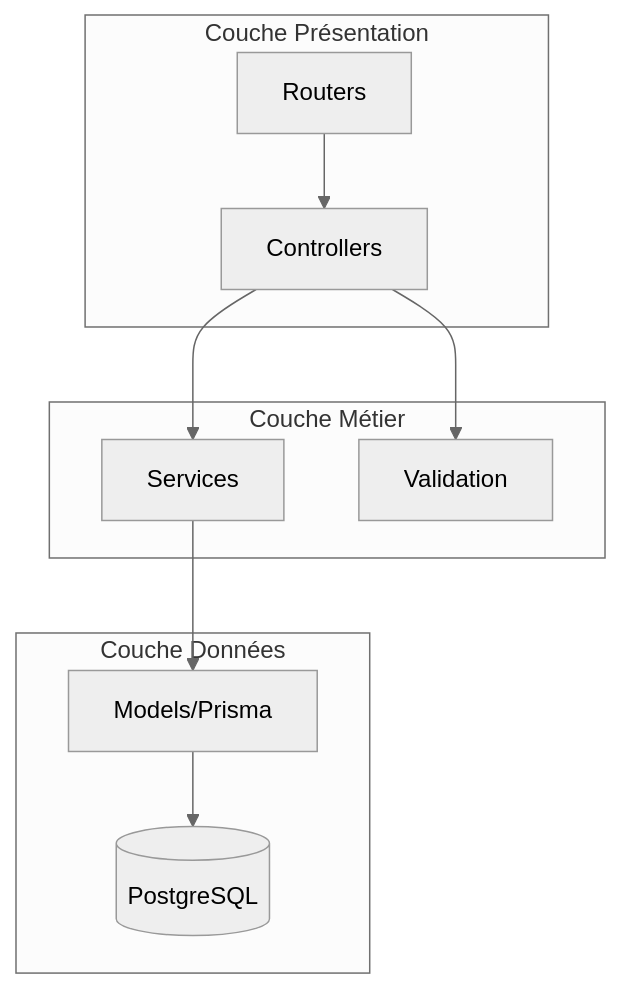
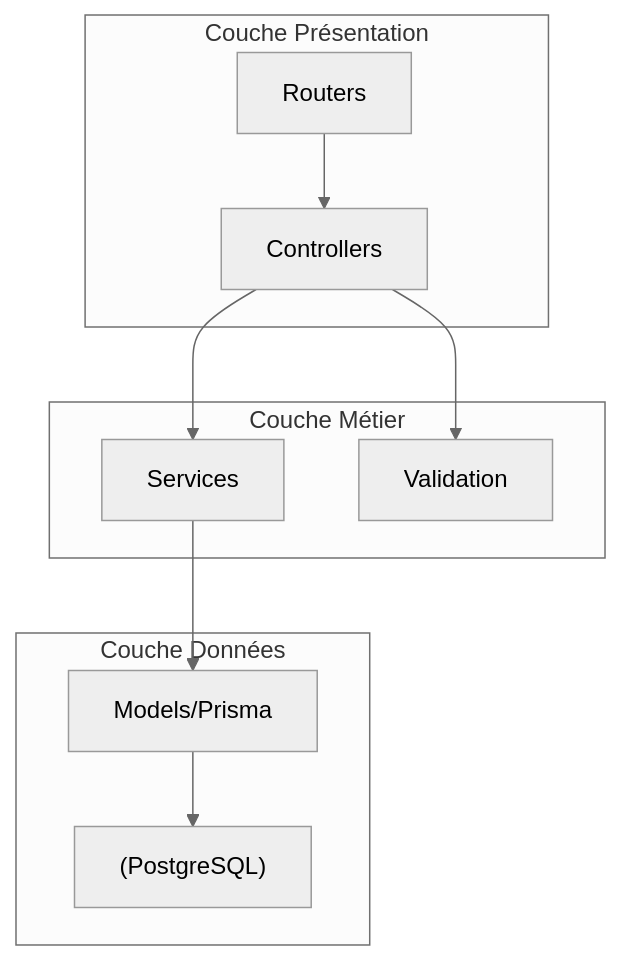
Before and after one commit to Sojeremy/documentation-skillswap: the second of 3 diagrams in docs/documentation-implementation/arc42/04-solution-strategy/index.md, drawn with Mermaid (neutral theme). The commit also changed other lines of this file and 14 other files, not shown here.

Commit message:
docs: fix syntaxe Mermaid (labels quotés sur flowchart/graph) — 15 fichiers

````diff
--- a/docs/documentation-implementation/arc42/04-solution-strategy/index.md
+++ b/docs/documentation-implementation/arc42/04-solution-strategy/index.md
@@ -88,23 +88,23 @@
 ```mermaid
 graph TB
     subgraph "Couche Présentation"
-        R[Routers]
-        C[Controllers]
+        R["Routers"]
+        C["Controllers"]
     end
 
     subgraph "Couche Métier"
-        S[Services]
-        V[Validation]
+        S["Services"]
+        V["Validation"]
     end
 
     subgraph "Couche Données"
-        M[Models/Prisma]
-        DB[(PostgreSQL)]
+        M["Models/Prisma"]
+        DB["(PostgreSQL)"]
     end
 
     R --> C
     C --> S
     C --> V
     S --> M
     M --> DB
 ```
````
